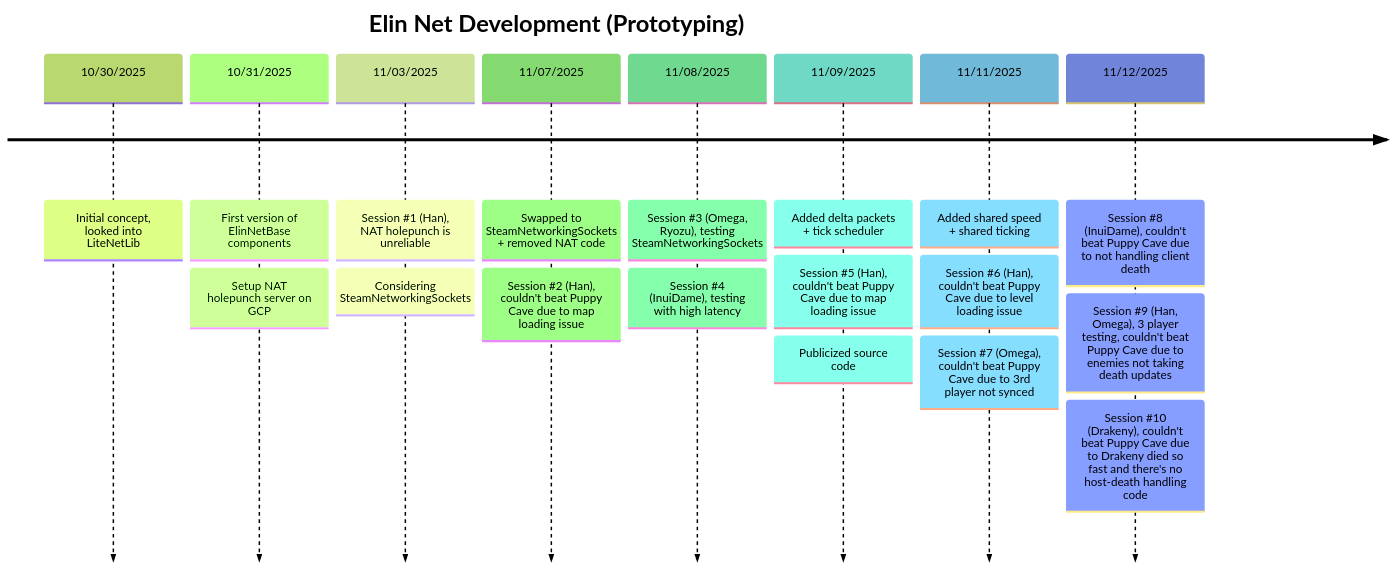
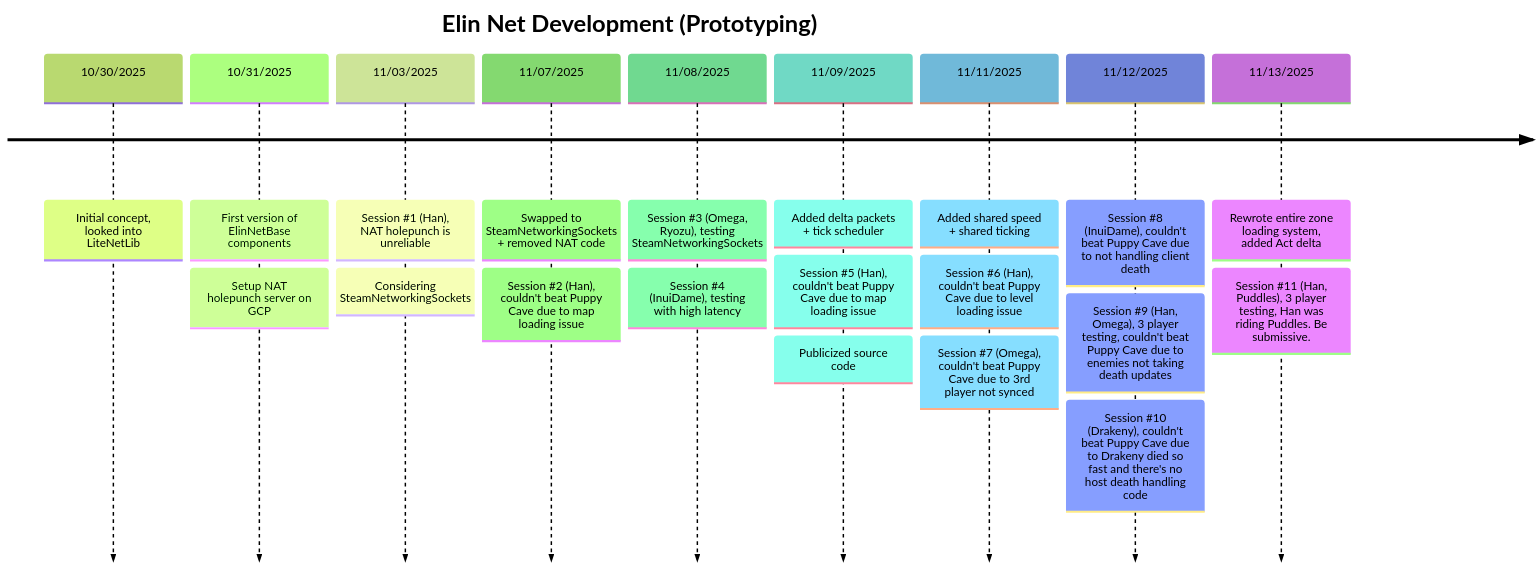
Before and after one commit to gottyduke/Elin.Plugins: the diagram in ElinTogether/README.md, drawn with Mermaid (forest theme). The commit also changed 45 other files, not shown here.

Commit message:
feat(EMP): act delta, zone rewrote

````diff
--- a/ElinTogether/README.md
+++ b/ElinTogether/README.md
@@ -7,22 +7,24 @@
 ```mermaid
 timeline
     title Elin Net Development (Prototyping)
     10/30/2025 : Initial concept, looked into LiteNetLib
     10/31/2025 : First version of ElinNetBase components
     : Setup NAT holepunch server on GCP
     11/03/2025 : Session #1 (Han), NAT holepunch is unreliable
     : Considering SteamNetworkingSockets
     11/07/2025 : Swapped to SteamNetworkingSockets + removed NAT code
     : Session #2 (Han), couldn't beat Puppy Cave due to map loading issue
     11/08/2025 : Session #3 (Omega, Ryozu), testing SteamNetworkingSockets
     : Session #4 (InuiDame), testing with high latency
     11/09/2025 : Added delta packets + tick scheduler
     : Session #5 (Han), couldn't beat Puppy Cave due to map loading issue
     : Publicized source code
     11/11/2025 : Added shared speed + shared ticking
     : Session #6 (Han), couldn't beat Puppy Cave due to level loading issue
     : Session #7 (Omega), couldn't beat Puppy Cave due to 3rd player not synced
     11/12/2025 : Session #8 (InuiDame), couldn't beat Puppy Cave due to not handling client death
     : Session #9 (Han, Omega), 3 player testing, couldn't beat Puppy Cave due to enemies not taking death updates
-    : Session #10 (Drakeny), couldn't beat Puppy Cave due to Drakeny died so fast and there's no host-death handling code
+    : Session #10 (Drakeny), couldn't beat Puppy Cave due to Drakeny died so fast and there's no host death handling code
+    11/13/2025 : Rewrote entire zone loading system, added Act delta
+    : Session #11 (Han, Puddles), 3 player testing, Han was riding Puddles. Be submissive.
 ```
````
